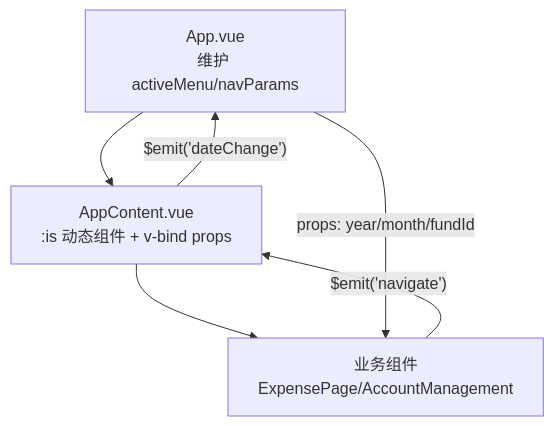
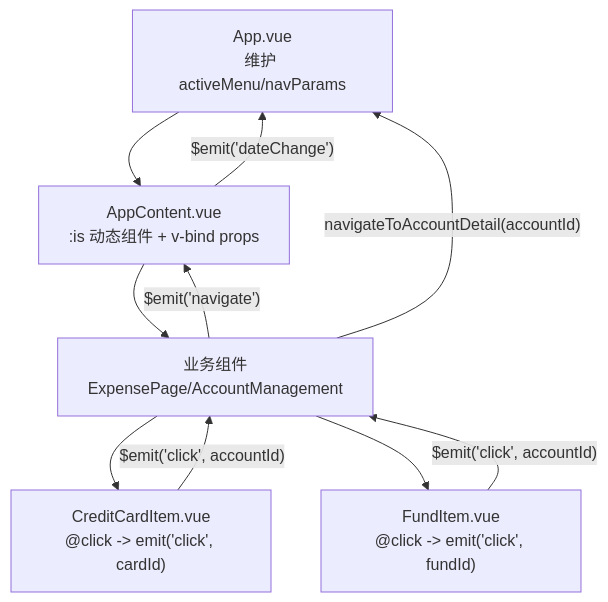
The third of 9 diagrams in .qoder/repowiki/zh/content/架构设计/组件通信机制.md (xiao-lin-unit/yuan), drawn with Mermaid before and after one commit. The commit also changed other lines of this file and 19 other files, not shown here.

````diff
--- a/.qoder/repowiki/zh/content/架构设计/组件通信机制.md
+++ b/.qoder/repowiki/zh/content/架构设计/组件通信机制.md
@@ -153,8 +172,12 @@
 ```mermaid
 flowchart TD
 A["App.vue<br/>维护 activeMenu/navParams"] --> B["AppContent.vue<br/>:is 动态组件 + v-bind props"]
 B --> C["业务组件<br/>ExpensePage/AccountManagement"]
 C -- "$emit('navigate')" --> B
 B -- "$emit('dateChange')" --> A
-A -- "props: year/month/fundId" --> C
+C --> D["CreditCardItem.vue<br/>@click -> emit('click', cardId)"]
+C --> E["FundItem.vue<br/>@click -> emit('click', fundId)"]
+D -- "$emit('click', accountId)" --> C
+E -- "$emit('click', accountId)" --> C
+C -- "navigateToAccountDetail(accountId)" --> A
 ```
````
